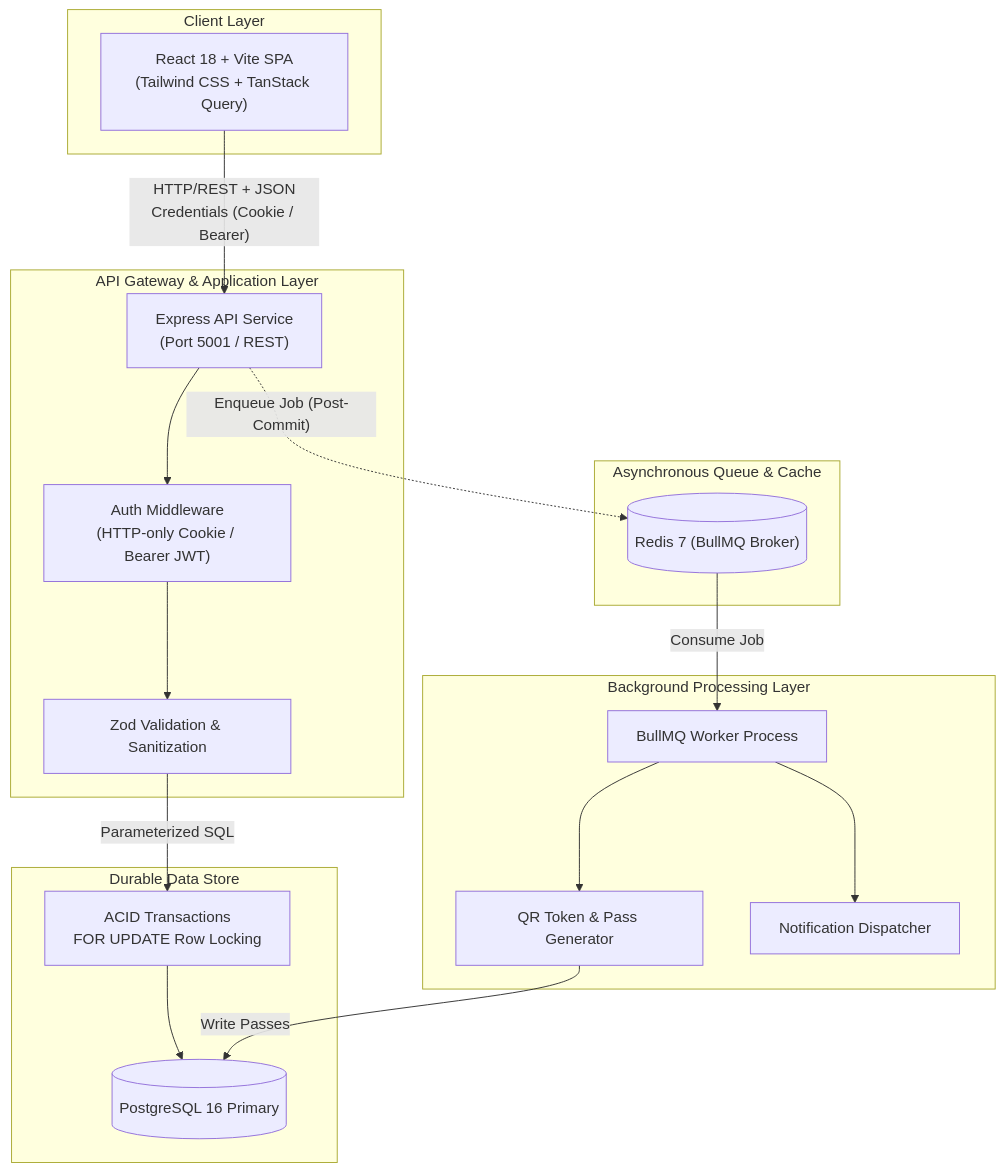
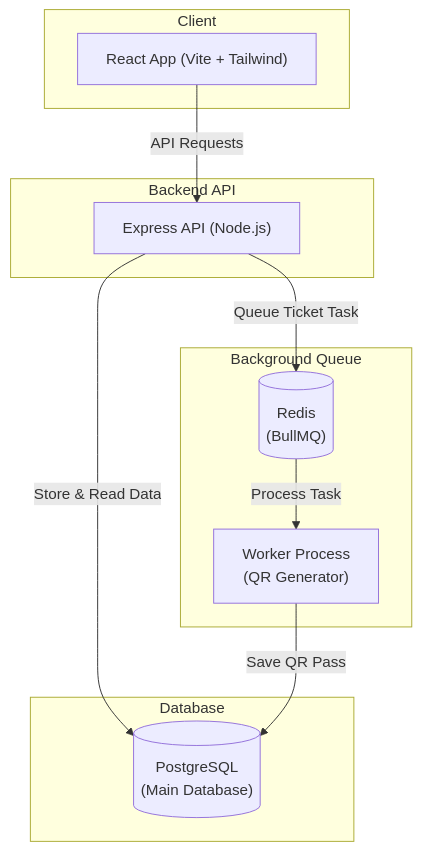
The diagram in README.md (Vanshsethh/Festo), drawn with Mermaid before and after one commit. The commit also changed other lines of this file, not shown here.

Commit message:
docs: simplify README and streamline frontend tech stack

````diff
--- a/README.md
+++ b/README.md
@@ -11,38 +11,25 @@
 ```mermaid
 flowchart TD
-    subgraph ClientLayer [Client Layer]
-        Browser["React 18 + Vite SPA\n(Tailwind CSS + TanStack Query)"]
+    subgraph Frontend [Client]
+        A["React App (Vite + Tailwind)"]
     end
 
-    subgraph APILayer [API Gateway & Application Layer]
-        API["Express API Service\n(Port 5001 / REST)"]
-        AuthMid["Auth Middleware\n(HTTP-only Cookie / Bearer JWT)"]
-        ZodVal["Zod Validation & Sanitization"]
+    subgraph Backend [Backend API]
+        B["Express API (Node.js)"]
     end
 
-    subgraph DataLayer [Durable Data Store]
-        PG[(PostgreSQL 16 Primary)]
-        Trans["ACID Transactions\nFOR UPDATE Row Locking"]
+    subgraph Database [Database]
+        C[("PostgreSQL\n(Main Database)")]
     end
 
-    subgraph QueueLayer [Asynchronous Queue & Cache]
-        Redis[("Redis 7 (BullMQ Broker)")]
+    subgraph Queue [Background Queue]
+        D[("Redis\n(BullMQ)")]
+        E["Worker Process\n(QR Generator)"]
     end
 
-    subgraph WorkerLayer [Background Processing Layer]
-        Worker["BullMQ Worker Process"]
-        QRGen["QR Token & Pass Generator"]
-        Notif["Notification Dispatcher"]
-    end
-
-    Browser -->|"HTTP/REST + JSON\nCredentials (Cookie / Bearer)"| API
-    API --> AuthMid
-    AuthMid --> ZodVal
-    ZodVal -->|"Parameterized SQL"| Trans
-    Trans --> PG
-    API -.->|"Enqueue Job (Post-Commit)"| Redis
-    Redis -->|"Consume Job"| Worker
-    Worker --> QRGen
-    Worker --> Notif
-    QRGen -->|"Write Passes"| PG
+    A -->|"API Requests"| B
+    B -->|"Store & Read Data"| C
+    B -->|"Queue Ticket Task"| D
+    D -->|"Process Task"| E
+    E -->|"Save QR Pass"| C
 ```
````
